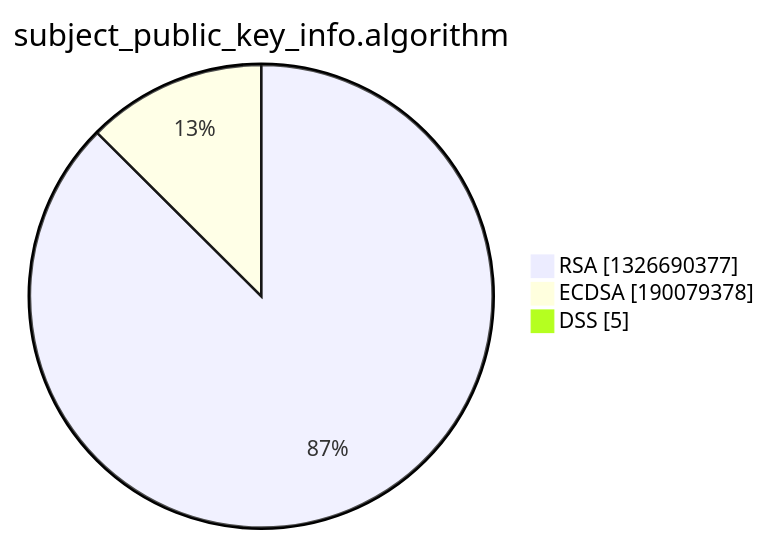
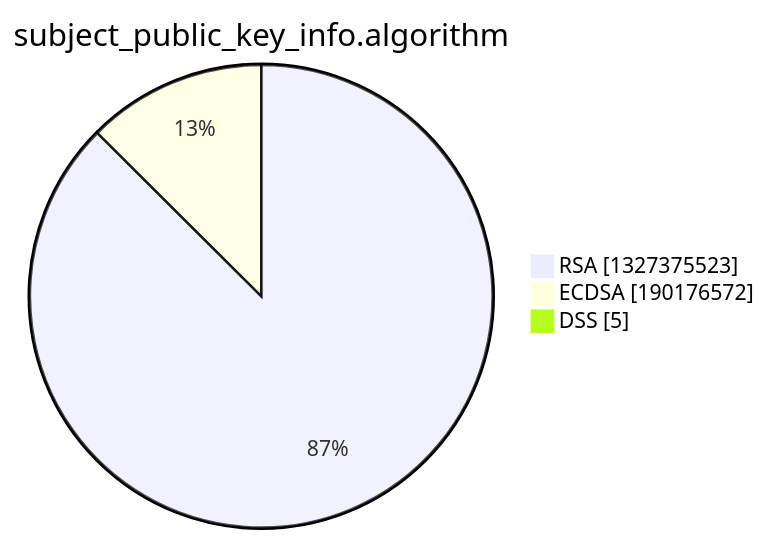
One commit to christiankrug/ctmonitor_visualization changed the third of 15 diagrams in xenon2022/README.md. Above: the diagram before and after it, drawn with Mermaid. The commit also changed other lines of this file, not shown here.

````diff
--- a/xenon2022/README.md
+++ b/xenon2022/README.md
@@ -14,7 +14,7 @@
 ```mermaid
 pie showData
 title subject_public_key_info.algorithm
-"RSA" :1326690377
-"ECDSA" :190079378
+"RSA" :1327375523
+"ECDSA" :190176572
 "DSS" :5
 ```
````
